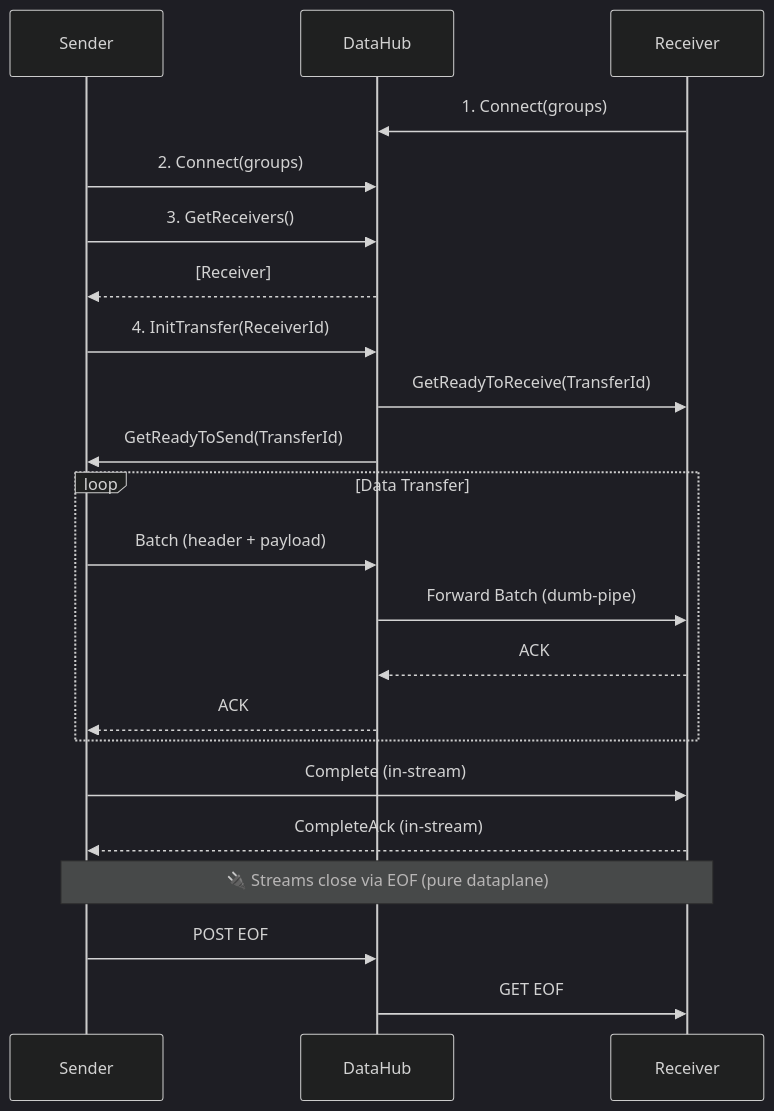
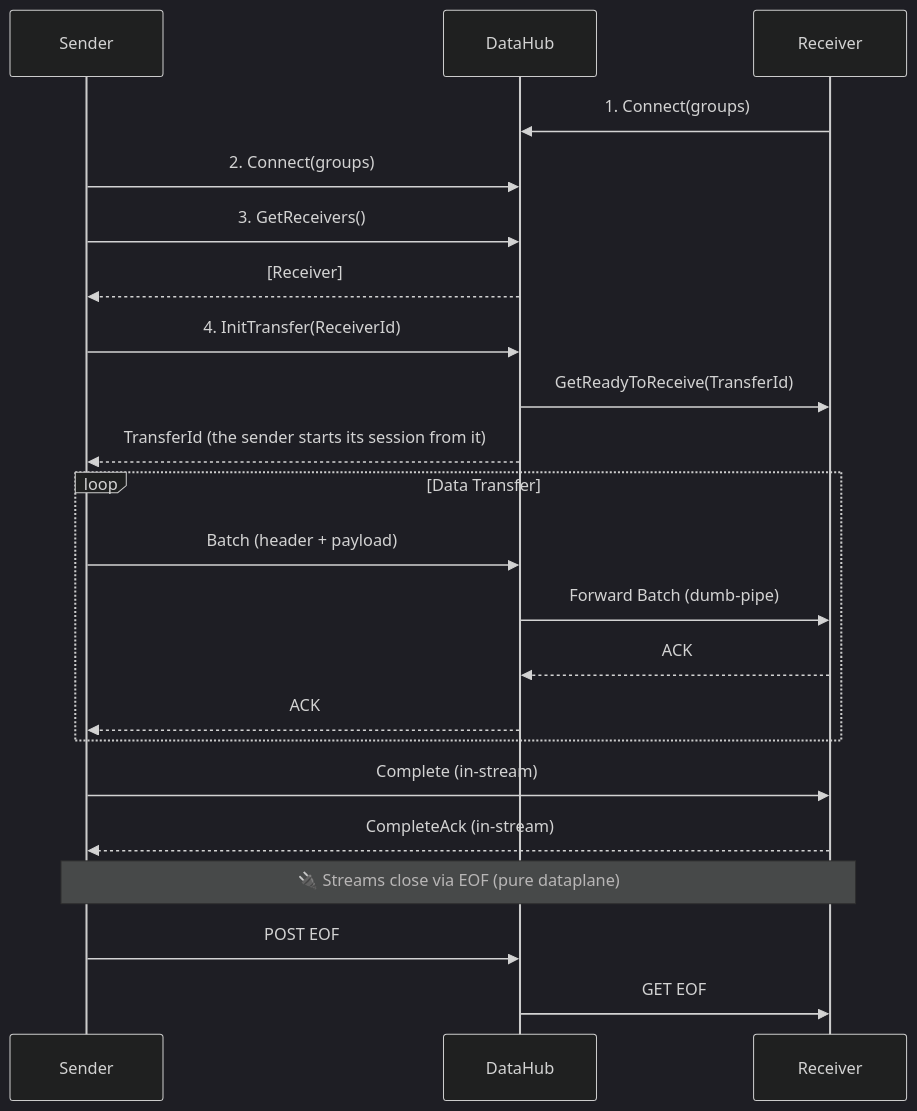
One commit to nicopon/transportr changed the diagram in TransportRArchitecture.md. Above: the diagram before and after it, drawn with Mermaid (dark theme). The commit also changed 7 other files, not shown here.

````diff
--- a/TransportRArchitecture.md
+++ b/TransportRArchitecture.md
@@ -41,28 +41,28 @@
 ```mermaid
 sequenceDiagram
     participant S as Sender
     participant H as DataHub
     participant R as Receiver
 
     R->>H: 1. Connect(groups)
     S->>H: 2. Connect(groups)
     S->>H: 3. GetReceivers()
     H-->>S: [Receiver]
     S->>H: 4. InitTransfer(ReceiverId)
     H->>R: GetReadyToReceive(TransferId)
-    H->>S: GetReadyToSend(TransferId)
+    H-->>S: TransferId (the sender starts its session from it)
     
     loop Data Transfer
         S->>H: Batch (header + payload)
         H->>R: Forward Batch (dumb-pipe)
         R-->>H: ACK
         H-->>S: ACK
     end
     
     S->>R: Complete (in-stream)
     R-->>S: CompleteAck (in-stream)
     
     Note over S,R: 🔌 Streams close via EOF (pure dataplane)
     S->>H: POST EOF
     H->>R: GET EOF
 ```
````
